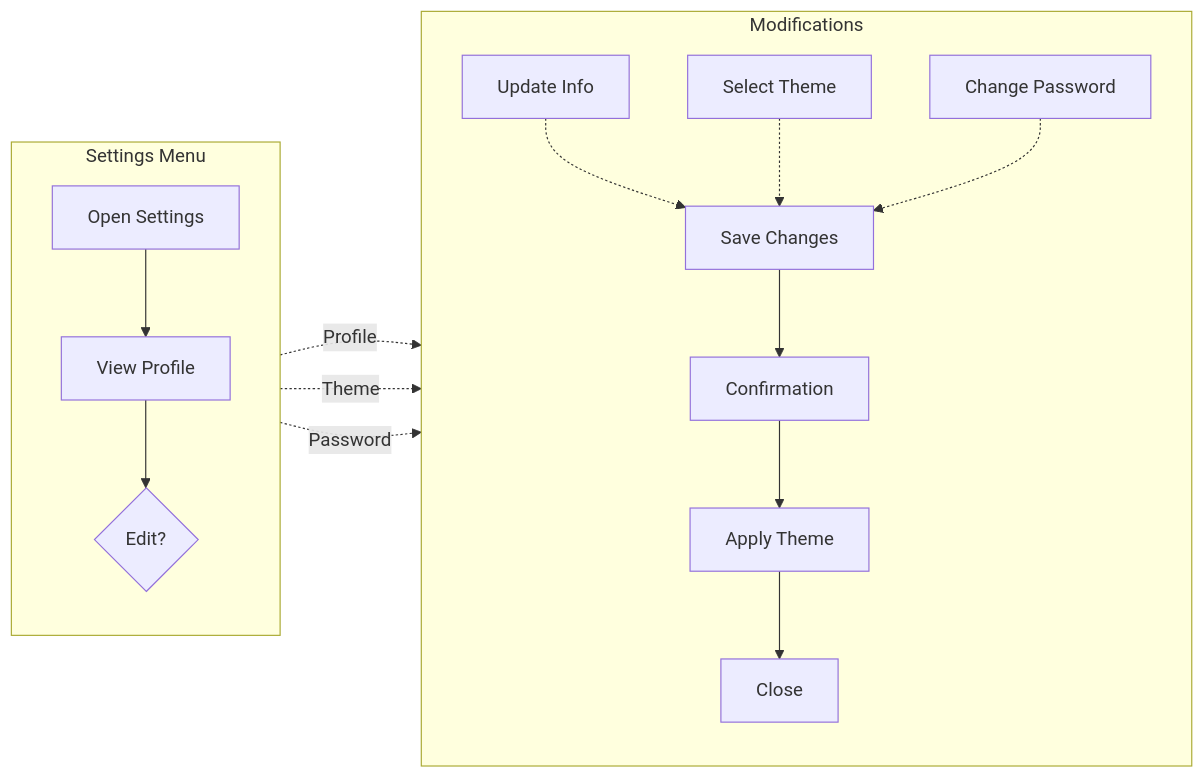
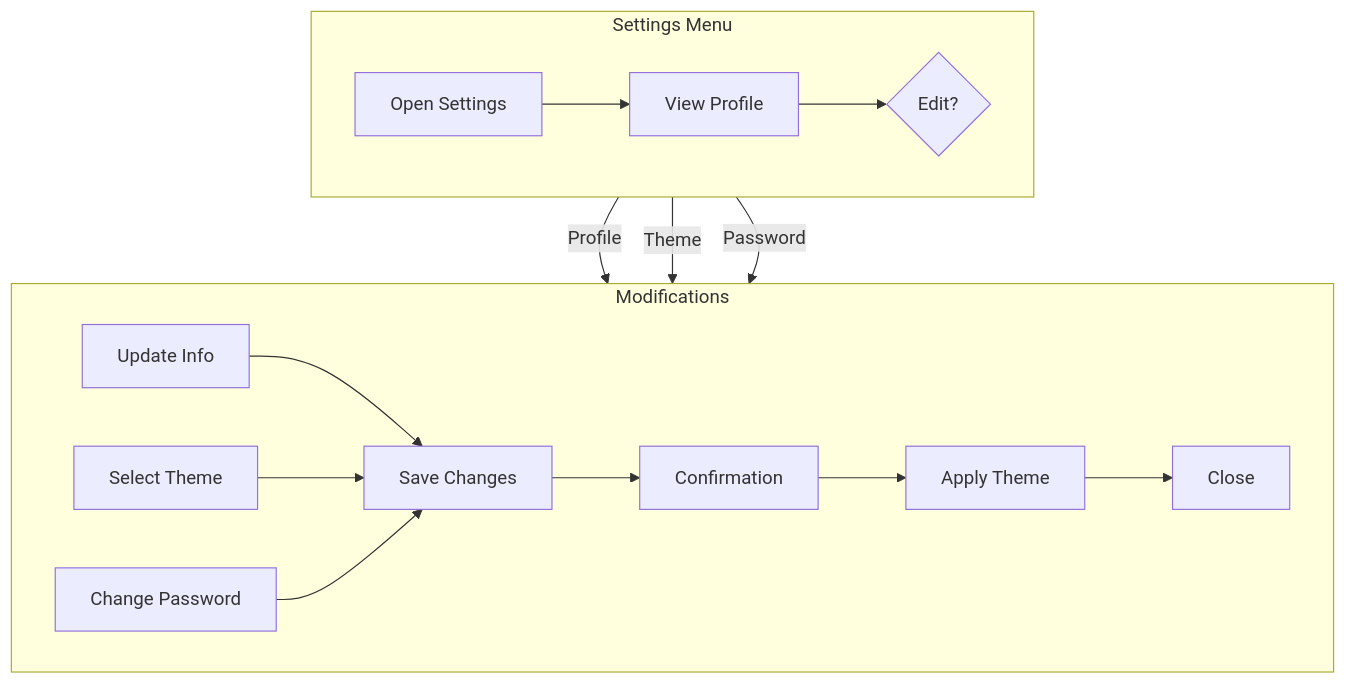
Before and after one commit to RoundRobinHood/cogniflight-cloud: the third of 10 diagrams in docs/SEN3781_Assignment4_Information_Architecture_Report.md, drawn with Mermaid. The commit also changed other lines of this file, not shown here.

Commit message:
improved diagram readability

````diff
--- a/docs/SEN3781_Assignment4_Information_Architecture_Report.md
+++ b/docs/SEN3781_Assignment4_Information_Architecture_Report.md
@@ -211,24 +205,17 @@
 ```mermaid
-flowchart LR
+flowchart TB
     subgraph s1["Settings Menu"]
-        direction TB
-        A[Open Settings] --> B[View Profile]
-        B --> C{Edit?}
+        direction LR
+        A[Open Settings] --> B[View Profile] --> C{Edit?}
     end
     subgraph s2["Modifications"]
-        direction TB
-        D[Update Info]
-        E[Select Theme]
-        F[Change Password]
-        G[Save Changes]
-        D -.-> G
-        E -.-> G
-        F -.-> G
-        G --> H[Confirmation]
-        H --> I[Apply Theme]
-        I --> J[Close]
+        direction LR
+        D[Update Info] --> G[Save Changes]
+        E[Select Theme] --> G
+        F[Change Password] --> G
+        G --> H[Confirmation] --> I[Apply Theme] --> J[Close]
     end
-    C -.->|Profile| D
-    C -.->|Theme| E  
-    C -.->|Password| F
+    C -->|Profile| D
+    C -->|Theme| E  
+    C -->|Password| F
 ```
````
